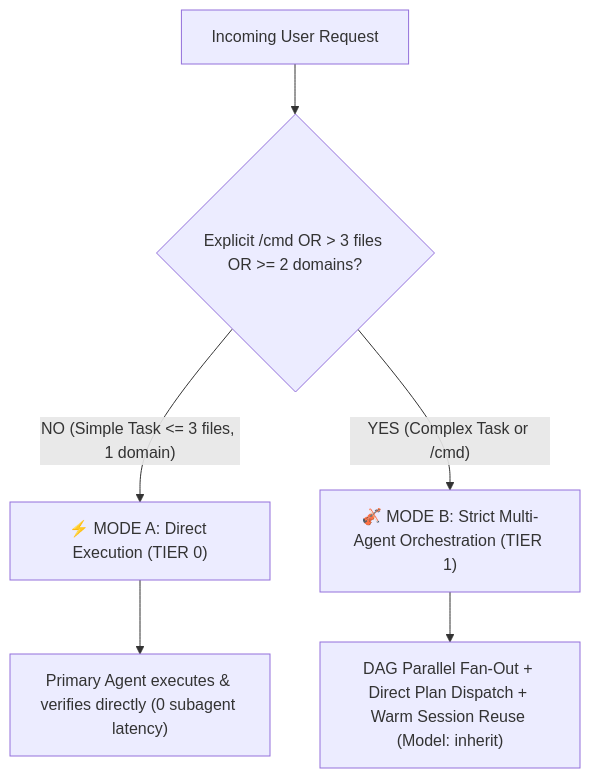
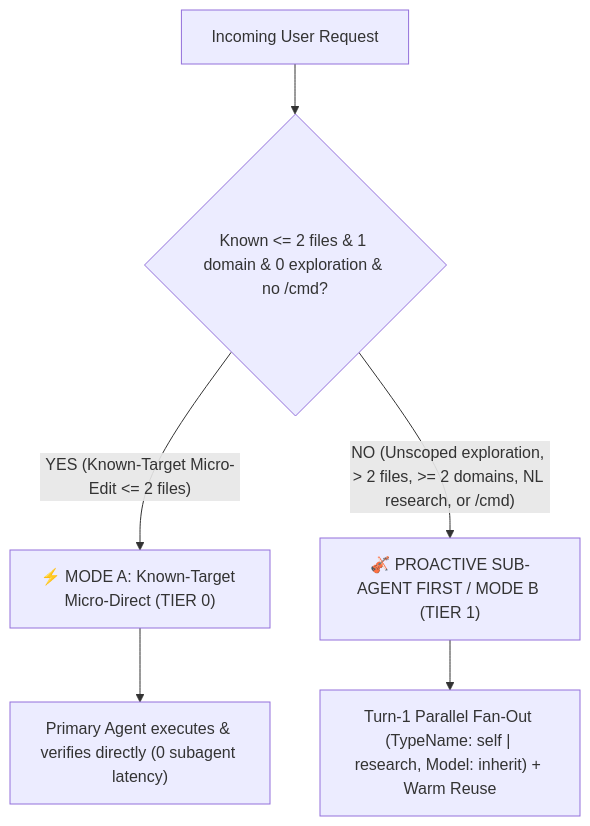
The diagram in skills/intelligent-routing/SKILL.md (Kennyboom/BoomOpen-Workflow-Kit), drawn with Mermaid before and after one commit. The commit also changed other lines of this file and 138 other files, not shown here.

````diff
--- a/skills/intelligent-routing/SKILL.md
+++ b/skills/intelligent-routing/SKILL.md
@@ -15,8 +15,8 @@
 ```mermaid
 flowchart TD
-    A["Incoming User Request"] --> B{"Explicit /cmd OR > 3 files OR >= 2 domains?"}
-    B -- "NO (Simple Task <= 3 files, 1 domain)" --> C["⚡ MODE A: Direct Execution (TIER 0)"]
+    A["Incoming User Request"] --> B{"Known <= 2 files & 1 domain & 0 exploration & no /cmd?"}
+    B -- "YES (Known-Target Micro-Edit <= 2 files)" --> C["⚡ MODE A: Known-Target Micro-Direct (TIER 0)"]
     C --> D["Primary Agent executes & verifies directly (0 subagent latency)"]
-    B -- "YES (Complex Task or /cmd)" --> E["🎻 MODE B: Strict Multi-Agent Orchestration (TIER 1)"]
-    E --> F["DAG Parallel Fan-Out + Direct Plan Dispatch + Warm Session Reuse (Model: inherit)"]
+    B -- "NO (Unscoped exploration, > 2 files, >= 2 domains, NL research, or /cmd)" --> E["🎻 PROACTIVE SUB-AGENT FIRST / MODE B (TIER 1)"]
+    E --> F["Turn-1 Parallel Fan-Out (TypeName: self | research, Model: inherit) + Warm Reuse"]
 ```
````
